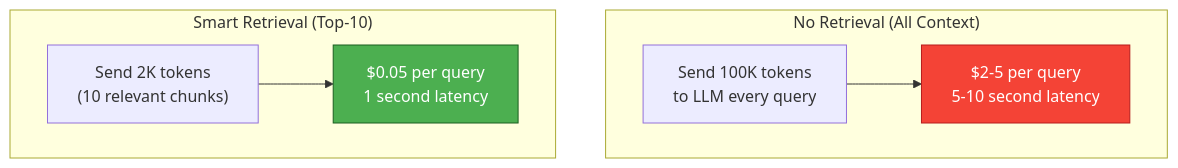
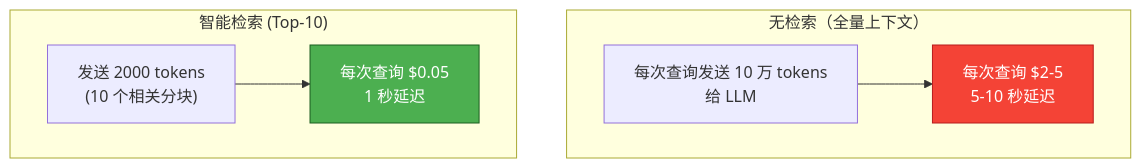
One commit to YiWang24/AiDIY changed the second of 10 diagrams in i18n/zh-Hans/docusaurus-plugin-content-docs/current/ai/rag/04-retrieval.mdx. Above: the diagram before and after it, drawn with Mermaid. The commit also changed other lines of this file and 59 other files, not shown here.

````diff
--- a/i18n/zh-Hans/docusaurus-plugin-content-docs/current/ai/rag/04-retrieval.mdx
+++ b/i18n/zh-Hans/docusaurus-plugin-content-docs/current/ai/rag/04-retrieval.mdx
@@ -69,13 +69,13 @@
 ```mermaid
 flowchart TB
-    subgraph NoRetrieval["No Retrieval (All Context)"]
-        A1["Send 100K tokens<br/>to LLM every query"] --> C1["$2-5 per query<br/>5-10 second latency"]
+    subgraph NoRetrieval["无检索（全量上下文）"]
+        A1["每次查询发送 10 万 tokens<br/>给 LLM"] --> C1["每次查询 $2-5<br/>5-10 秒延迟"]
     end
 
-    subgraph SmartRetrieval["Smart Retrieval (Top-10)"]
-        A2["Send 2K tokens<br/>(10 relevant chunks)"] --> C2["$0.05 per query<br/>1 second latency"]
+    subgraph SmartRetrieval["智能检索 (Top-10)"]
+        A2["发送 2000 tokens<br/>(10 个相关分块)"] --> C2["每次查询 $0.05<br/>1 秒延迟"]
     end
 
     style C2 fill:#4caf50,stroke:#1b5e20,color:#fff
     style C1 fill:#f44336,stroke:#b71c1c,color:#fff
 ```
````
